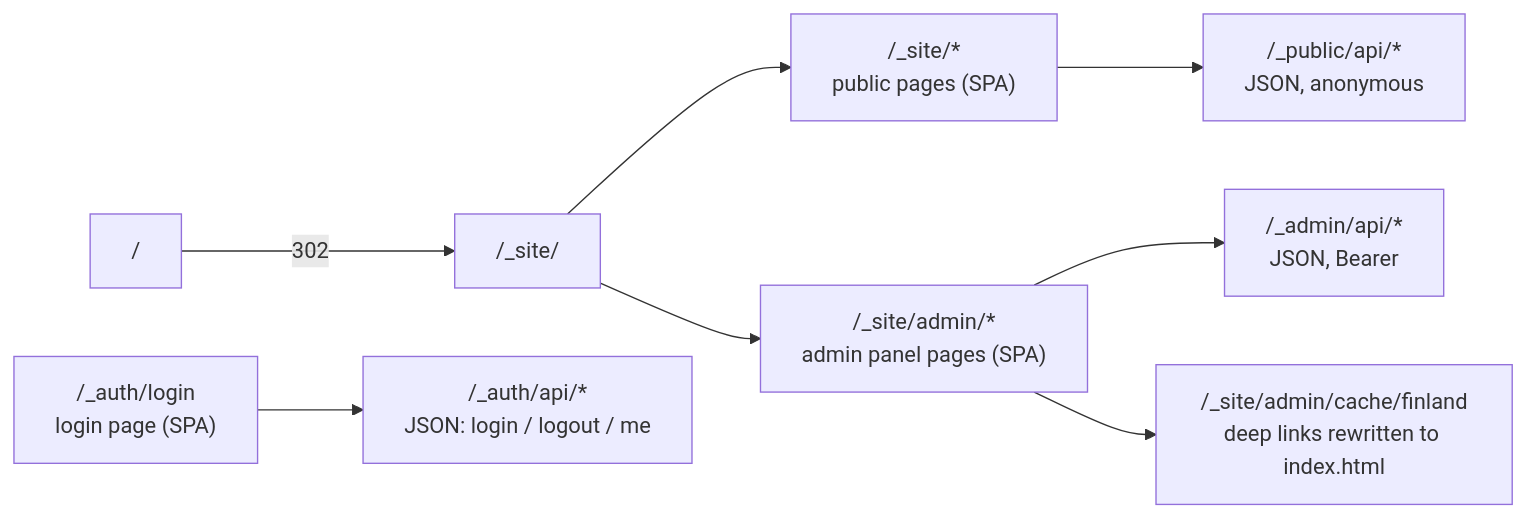
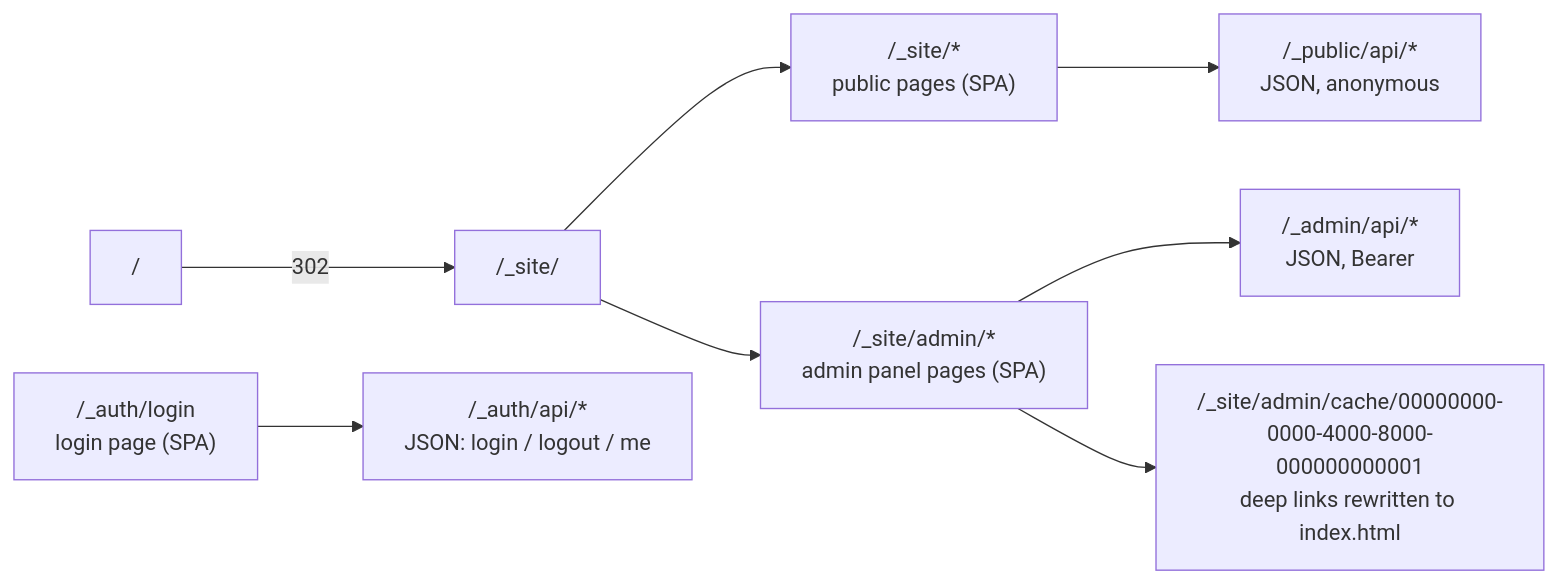
The fourth of 11 diagrams in docs/06-diagrams.md (komeilm76/mapirror), drawn with Mermaid before and after one commit. The commit also changed other lines of this file and 21 other files, not shown here.

````diff
--- a/docs/06-diagrams.md
+++ b/docs/06-diagrams.md
@@ -62,11 +62,11 @@
 ```mermaid
 flowchart LR
   root["/"] -->|302| site["/_site/"]
   site --> pages["/_site/*\npublic pages (SPA)"]
   site --> adm["/_site/admin/*\nadmin panel pages (SPA)"]
   login["/_auth/login\nlogin page (SPA)"]
   pages --> papi["/_public/api/*\nJSON, anonymous"]
   adm --> aapi["/_admin/api/*\nJSON, Bearer"]
   login --> auth["/_auth/api/*\nJSON: login / logout / me"]
-  adm --> dash["/_site/admin/cache/finland\ndeep links rewritten to index.html"]
+  adm --> dash["/_site/admin/cache/00000000-0000-4000-8000-000000000001\ndeep links rewritten to index.html"]
 ```
````
